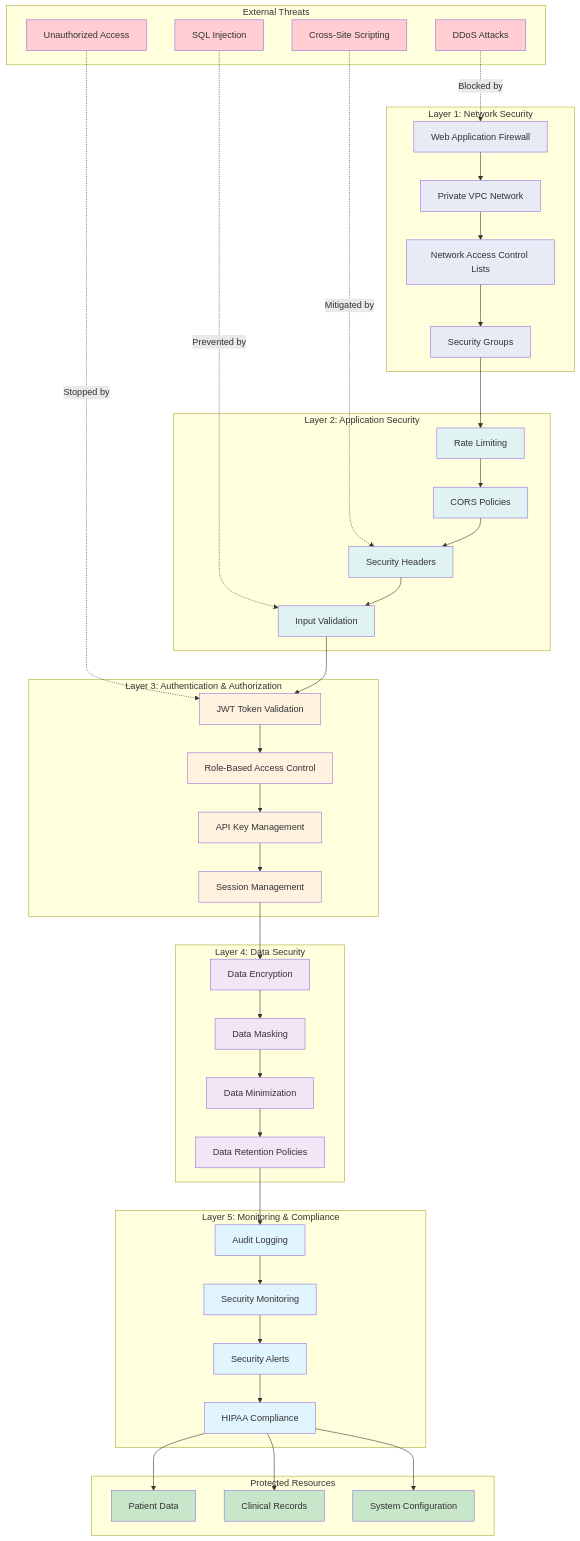
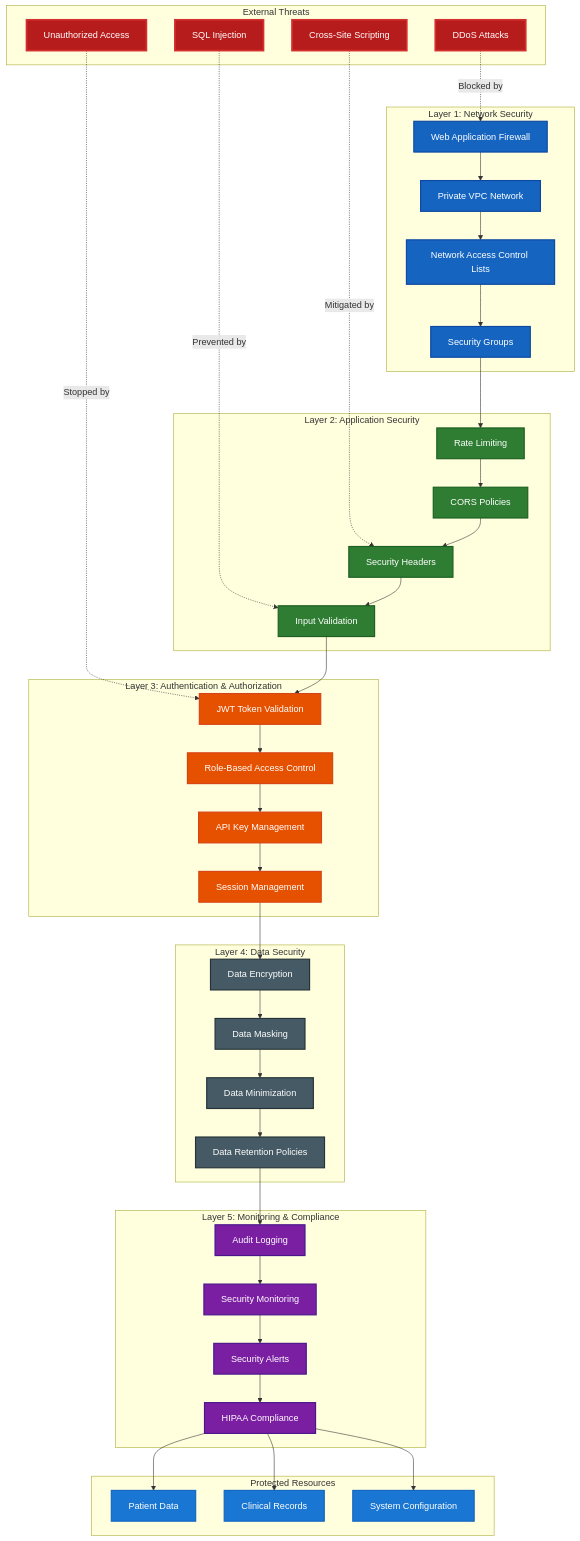
The fourth of 5 diagrams in docs/ARCHITECTURE_DIAGRAMS.md (stevenscain/fhir-demo-node), drawn with Mermaid before and after one commit. The commit also changed other lines of this file and 2 other files, not shown here.

First line of the commit message:
style: Improve Mermaid diagram readability with high-contrast colors

```diff
--- a/docs/ARCHITECTURE_DIAGRAMS.md
+++ b/docs/ARCHITECTURE_DIAGRAMS.md
@@ -330,13 +330,13 @@
     COMPLIANCE --> SYSTEM_CONFIG
 
     %% Styling
-    classDef threat fill:#ffcdd2
-    classDef network fill:#e8eaf6
-    classDef app fill:#e0f2f1
-    classDef auth fill:#fff3e0
-    classDef data fill:#f3e5f5
-    classDef monitor fill:#e1f5fe
-    classDef resource fill:#c8e6c9
+    classDef threat fill:#B71C1C,stroke:#D32F2F,stroke-width:3px,color:#FFFFFF
+    classDef network fill:#1565C0,stroke:#0D47A1,stroke-width:2px,color:#FFFFFF
+    classDef app fill:#2E7D32,stroke:#1B5E20,stroke-width:2px,color:#FFFFFF
+    classDef auth fill:#E65100,stroke:#D84315,stroke-width:2px,color:#FFFFFF
+    classDef data fill:#455A64,stroke:#263238,stroke-width:2px,color:#FFFFFF
+    classDef monitor fill:#7B1FA2,stroke:#4A148C,stroke-width:2px,color:#FFFFFF
+    classDef resource fill:#1976D2,stroke:#1565C0,stroke-width:2px,color:#FFFFFF
 
     class DDOS,INJECTION,XSS,UNAUTHORIZED threat
     class WAF,VPC,NACL,SG network
```
